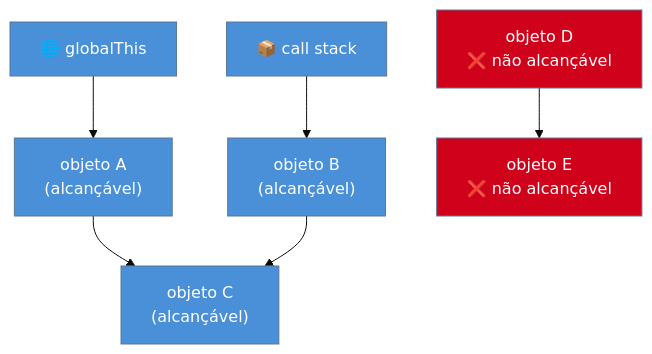
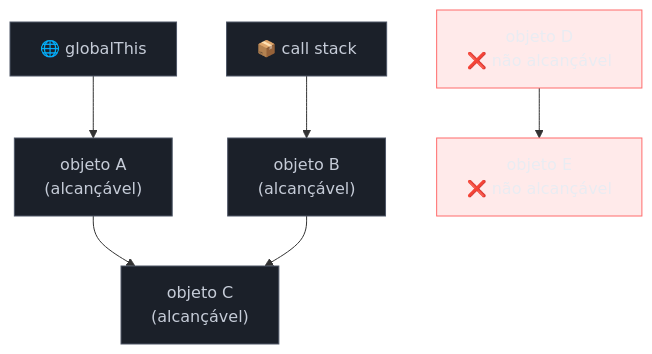
The first of 2 diagrams in 03-Dominios/Tecnologia/JavaScript/21 - Memory management.md (josenaldo/codex-technomanticus), drawn with Mermaid before and after one commit. The commit also changed other lines of this file and 1181 other files, not shown here.

First line of the commit message:
fix(diagramas): paleta do sistema no lugar de cor cravada no markdown

````diff
--- a/03-Dominios/Tecnologia/JavaScript/21 - Memory management.md
+++ b/03-Dominios/Tecnologia/JavaScript/21 - Memory management.md
@@ -88,20 +88,21 @@
 ```mermaid
-%%{init: {"theme": "base", "themeVariables": {"primaryColor": "#4A90D9", "edgeLabelBackground": "#ffffff"}}}%%
 graph TD
+    classDef neutro fill:#1B2029,stroke:#4E5666,color:#C6CCD8
+    classDef falha fill:#FF6B6B24,stroke:#FF6B6B,color:#E9ECF2
     R1["🌐 globalThis"] --> A["objeto A\n(alcançável)"]
     R2["📦 call stack"] --> B["objeto B\n(alcançável)"]
     A --> C["objeto C\n(alcançável)"]
     B --> C
 
     D["objeto D\n❌ não alcançável"]
     E["objeto E\n❌ não alcançável"]
     D --> E
 
-    style R1 fill:#4A90D9,color:#fff
-    style R2 fill:#4A90D9,color:#fff
-    style A fill:#4A90D9,color:#fff
-    style B fill:#4A90D9,color:#fff
-    style C fill:#4A90D9,color:#fff
-    style D fill:#D0021B,color:#fff
-    style E fill:#D0021B,color:#fff
+    class R1 neutro
+    class R2 neutro
+    class A neutro
+    class B neutro
+    class C neutro
+    class D falha
+    class E falha
 ```
````
